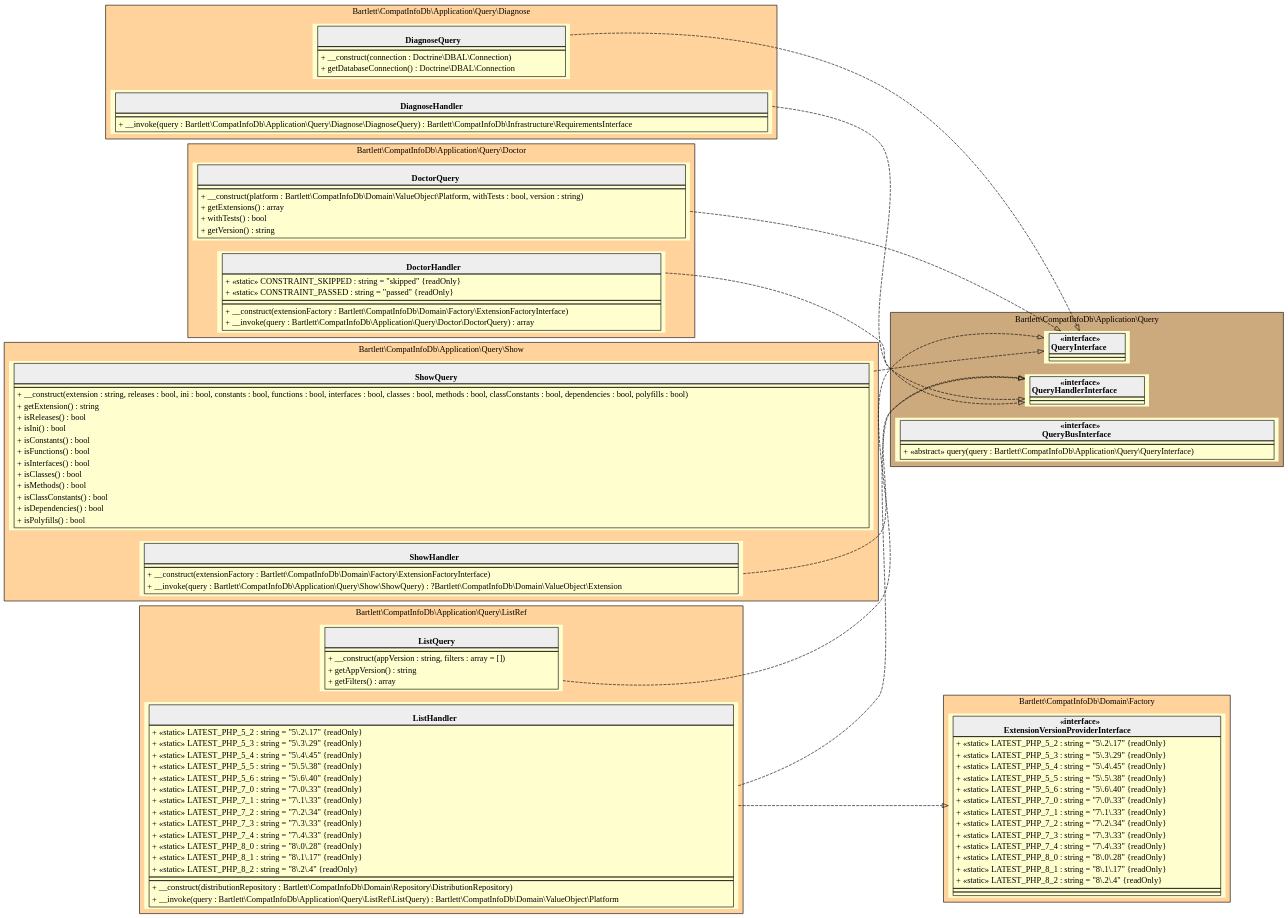
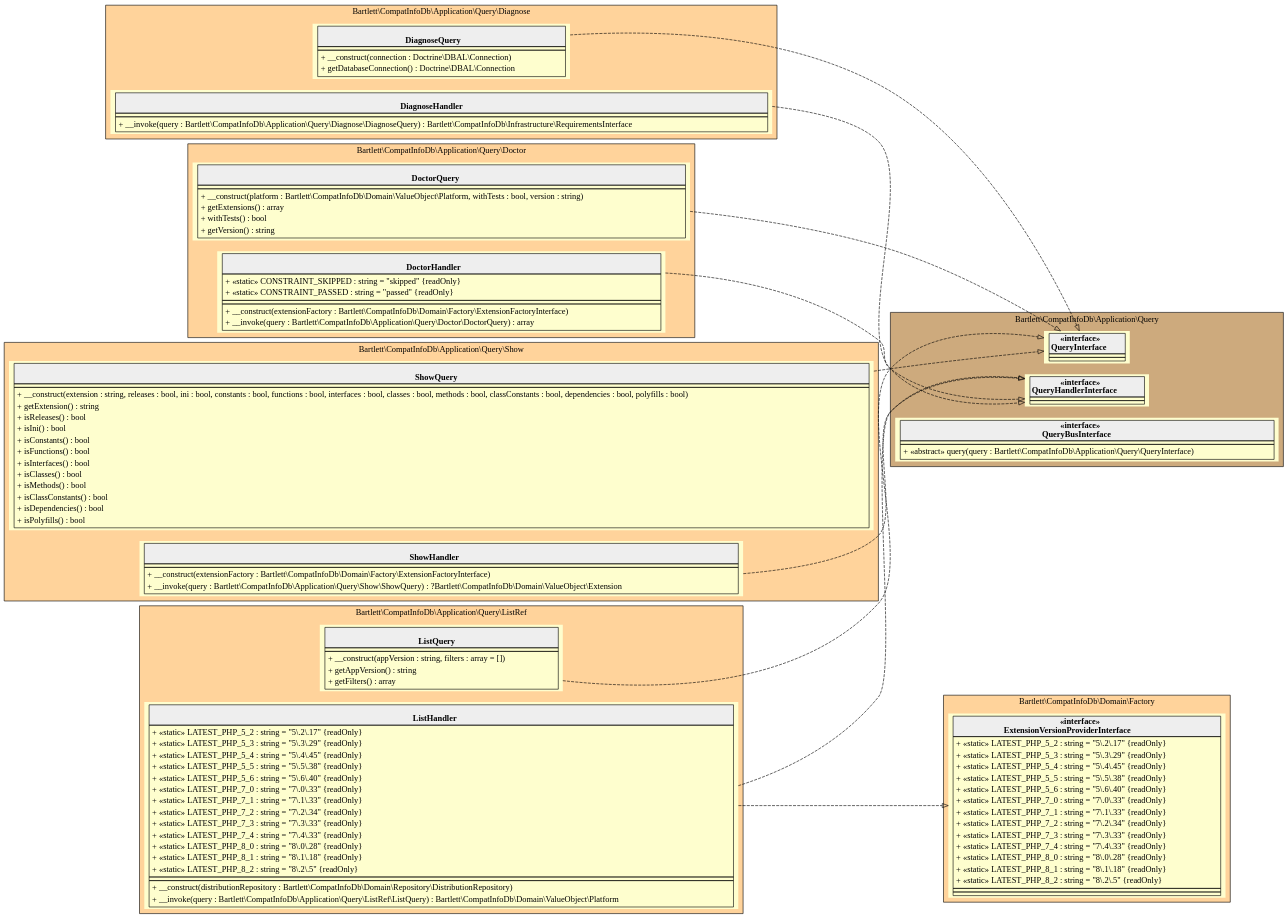
One commit to llaville/php-compatinfo-db changed the diagram in 5.x/assets/images/application-query.html.gv. Above: the diagram before and after it, drawn with Graphviz. The commit also changed 29 other files, not shown here.

```diff
--- a/5.x/assets/images/application-query.html.gv
+++ b/5.x/assets/images/application-query.html.gv
@@ -1,181 +1,181 @@
 digraph {
   graph [rankdir="LR" bgcolor="transparent"]
   node [fillcolor="#FEFECE" style="filled"]
   subgraph cluster_0 {
     graph [bgcolor="burlywood1"]
     label = "Bartlett\\CompatInfoDb\\Application\\Query\\Diagnose"
     "Bartlett\\CompatInfoDb\\Application\\Query\\Diagnose\\DiagnoseQuery" [shape="none" label=<
 <table cellspacing="0" border="0" cellborder="1">
     <tr><td bgcolor="#eeeeee"><b><br/>DiagnoseQuery</b></td></tr>
     <tr><td></td></tr>
     <tr><td><table border="0" cellspacing="0" cellpadding="2">
     <tr><td align="left">+ __construct(connection : Doctrine\\DBAL\\Connection)</td></tr>
     <tr><td align="left">+ getDatabaseConnection() : Doctrine\\DBAL\\Connection</td></tr>
 </table></td></tr>
 </table>>]
     "Bartlett\\CompatInfoDb\\Application\\Query\\Diagnose\\DiagnoseHandler" [shape="none" label=<
 <table cellspacing="0" border="0" cellborder="1">
     <tr><td bgcolor="#eeeeee"><b><br/>DiagnoseHandler</b></td></tr>
     <tr><td></td></tr>
     <tr><td><table border="0" cellspacing="0" cellpadding="2">
     <tr><td align="left">+ __invoke(query : Bartlett\\CompatInfoDb\\Application\\Query\\Diagnose\\DiagnoseQuery) : Bartlett\\CompatInfoDb\\Infrastructure\\RequirementsInterface</td></tr>
 </table></td></tr>
 </table>>]
   }
   subgraph cluster_1 {
     graph [bgcolor="burlywood3"]
     label = "Bartlett\\CompatInfoDb\\Application\\Query"
     "Bartlett\\CompatInfoDb\\Application\\Query\\QueryInterface" [shape="none" label=<
 <table cellspacing="0" border="0" cellborder="1">
     <tr><td bgcolor="#eeeeee"><b>«interface»<br/>QueryInterface</b></td></tr>
     <tr><td></td></tr>
     <tr><td></td></tr>
 </table>>]
     "Bartlett\\CompatInfoDb\\Application\\Query\\QueryHandlerInterface" [shape="none" label=<
 <table cellspacing="0" border="0" cellborder="1">
     <tr><td bgcolor="#eeeeee"><b>«interface»<br/>QueryHandlerInterface</b></td></tr>
     <tr><td></td></tr>
     <tr><td></td></tr>
 </table>>]
     "Bartlett\\CompatInfoDb\\Application\\Query\\QueryBusInterface" [shape="none" label=<
 <table cellspacing="0" border="0" cellborder="1">
     <tr><td bgcolor="#eeeeee"><b>«interface»<br/>QueryBusInterface</b></td></tr>
     <tr><td></td></tr>
     <tr><td><table border="0" cellspacing="0" cellpadding="2">
     <tr><td align="left">+ «abstract» query(query : Bartlett\\CompatInfoDb\\Application\\Query\\QueryInterface)</td></tr>
 </table></td></tr>
 </table>>]
   }
   subgraph cluster_2 {
     graph [bgcolor="burlywood1"]
     label = "Bartlett\\CompatInfoDb\\Application\\Query\\Doctor"
     "Bartlett\\CompatInfoDb\\Application\\Query\\Doctor\\DoctorQuery" [shape="none" label=<
 <table cellspacing="0" border="0" cellborder="1">
     <tr><td bgcolor="#eeeeee"><b><br/>DoctorQuery</b></td></tr>
     <tr><td></td></tr>
     <tr><td><table border="0" cellspacing="0" cellpadding="2">
     <tr><td align="left">+ __construct(platform : Bartlett\\CompatInfoDb\\Domain\\ValueObject\\Platform, withTests : bool, version : string)</td></tr>
     <tr><td align="left">+ getExtensions() : array</td></tr>
     <tr><td align="left">+ withTests() : bool</td></tr>
     <tr><td align="left">+ getVersion() : string</td></tr>
 </table></td></tr>
 </table>>]
     "Bartlett\\CompatInfoDb\\Application\\Query\\Doctor\\DoctorHandler" [shape="none" label=<
 <table cellspacing="0" border="0" cellborder="1">
     <tr><td bgcolor="#eeeeee"><b><br/>DoctorHandler</b></td></tr>
     <tr><td><table border="0" cellspacing="0" cellpadding="2">
     <tr><td align="left">+ «static» CONSTRAINT_SKIPPED : string = "skipped" {readOnly}</td></tr>
     <tr><td align="left">+ «static» CONSTRAINT_PASSED : string = "passed" {readOnly}</td></tr>
 </table></td></tr>
     <tr><td></td></tr>
     <tr><td><table border="0" cellspacing="0" cellpadding="2">
     <tr><td align="left">+ __construct(extensionFactory : Bartlett\\CompatInfoDb\\Domain\\Factory\\ExtensionFactoryInterface)</td></tr>
     <tr><td align="left">+ __invoke(query : Bartlett\\CompatInfoDb\\Application\\Query\\Doctor\\DoctorQuery) : array</td></tr>
 </table></td></tr>
 </table>>]
   }
   subgraph cluster_3 {
     graph [bgcolor="burlywood1"]
     label = "Bartlett\\CompatInfoDb\\Application\\Query\\ListRef"
     "Bartlett\\CompatInfoDb\\Application\\Query\\ListRef\\ListQuery" [shape="none" label=<
 <table cellspacing="0" border="0" cellborder="1">
     <tr><td bgcolor="#eeeeee"><b><br/>ListQuery</b></td></tr>
     <tr><td></td></tr>
     <tr><td><table border="0" cellspacing="0" cellpadding="2">
     <tr><td align="left">+ __construct(appVersion : string, filters : array = [])</td></tr>
     <tr><td align="left">+ getAppVersion() : string</td></tr>
     <tr><td align="left">+ getFilters() : array</td></tr>
 </table></td></tr>
 </table>>]
     "Bartlett\\CompatInfoDb\\Application\\Query\\ListRef\\ListHandler" [shape="none" label=<
 <table cellspacing="0" border="0" cellborder="1">
     <tr><td bgcolor="#eeeeee"><b><br/>ListHandler</b></td></tr>
     <tr><td><table border="0" cellspacing="0" cellpadding="2">
     <tr><td align="left">+ «static» LATEST_PHP_5_2 : string = "5\.2\.17" {readOnly}</td></tr>
     <tr><td align="left">+ «static» LATEST_PHP_5_3 : string = "5\.3\.29" {readOnly}</td></tr>
     <tr><td align="left">+ «static» LATEST_PHP_5_4 : string = "5\.4\.45" {readOnly}</td></tr>
     <tr><td align="left">+ «static» LATEST_PHP_5_5 : string = "5\.5\.38" {readOnly}</td></tr>
     <tr><td align="left">+ «static» LATEST_PHP_5_6 : string = "5\.6\.40" {readOnly}</td></tr>
     <tr><td align="left">+ «static» LATEST_PHP_7_0 : string = "7\.0\.33" {readOnly}</td></tr>
     <tr><td align="left">+ «static» LATEST_PHP_7_1 : string = "7\.1\.33" {readOnly}</td></tr>
     <tr><td align="left">+ «static» LATEST_PHP_7_2 : string = "7\.2\.34" {readOnly}</td></tr>
     <tr><td align="left">+ «static» LATEST_PHP_7_3 : string = "7\.3\.33" {readOnly}</td></tr>
     <tr><td align="left">+ «static» LATEST_PHP_7_4 : string = "7\.4\.33" {readOnly}</td></tr>
     <tr><td align="left">+ «static» LATEST_PHP_8_0 : string = "8\.0\.28" {readOnly}</td></tr>
-    <tr><td align="left">+ «static» LATEST_PHP_8_1 : string = "8\.1\.17" {readOnly}</td></tr>
-    <tr><td align="left">+ «static» LATEST_PHP_8_2 : string = "8\.2\.4" {readOnly}</td></tr>
+    <tr><td align="left">+ «static» LATEST_PHP_8_1 : string = "8\.1\.18" {readOnly}</td></tr>
+    <tr><td align="left">+ «static» LATEST_PHP_8_2 : string = "8\.2\.5" {readOnly}</td></tr>
 </table></td></tr>
     <tr><td></td></tr>
     <tr><td><table border="0" cellspacing="0" cellpadding="2">
     <tr><td align="left">+ __construct(distributionRepository : Bartlett\\CompatInfoDb\\Domain\\Repository\\DistributionRepository)</td></tr>
     <tr><td align="left">+ __invoke(query : Bartlett\\CompatInfoDb\\Application\\Query\\ListRef\\ListQuery) : Bartlett\\CompatInfoDb\\Domain\\ValueObject\\Platform</td></tr>
 </table></td></tr>
 </table>>]
   }
   subgraph cluster_4 {
     graph [bgcolor="burlywood1"]
     label = "Bartlett\\CompatInfoDb\\Domain\\Factory"
     "Bartlett\\CompatInfoDb\\Domain\\Factory\\ExtensionVersionProviderInterface" [shape="none" label=<
 <table cellspacing="0" border="0" cellborder="1">
     <tr><td bgcolor="#eeeeee"><b>«interface»<br/>ExtensionVersionProviderInterface</b></td></tr>
     <tr><td><table border="0" cellspacing="0" cellpadding="2">
     <tr><td align="left">+ «static» LATEST_PHP_5_2 : string = "5\.2\.17" {readOnly}</td></tr>
     <tr><td align="left">+ «static» LATEST_PHP_5_3 : string = "5\.3\.29" {readOnly}</td></tr>
     <tr><td align="left">+ «static» LATEST_PHP_5_4 : string = "5\.4\.45" {readOnly}</td></tr>
     <tr><td align="left">+ «static» LATEST_PHP_5_5 : string = "5\.5\.38" {readOnly}</td></tr>
     <tr><td align="left">+ «static» LATEST_PHP_5_6 : string = "5\.6\.40" {readOnly}</td></tr>
     <tr><td align="left">+ «static» LATEST_PHP_7_0 : string = "7\.0\.33" {readOnly}</td></tr>
     <tr><td align="left">+ «static» LATEST_PHP_7_1 : string = "7\.1\.33" {readOnly}</td></tr>
     <tr><td align="left">+ «static» LATEST_PHP_7_2 : string = "7\.2\.34" {readOnly}</td></tr>
     <tr><td align="left">+ «static» LATEST_PHP_7_3 : string = "7\.3\.33" {readOnly}</td></tr>
     <tr><td align="left">+ «static» LATEST_PHP_7_4 : string = "7\.4\.33" {readOnly}</td></tr>
     <tr><td align="left">+ «static» LATEST_PHP_8_0 : string = "8\.0\.28" {readOnly}</td></tr>
-    <tr><td align="left">+ «static» LATEST_PHP_8_1 : string = "8\.1\.17" {readOnly}</td></tr>
-    <tr><td align="left">+ «static» LATEST_PHP_8_2 : string = "8\.2\.4" {readOnly}</td></tr>
+    <tr><td align="left">+ «static» LATEST_PHP_8_1 : string = "8\.1\.18" {readOnly}</td></tr>
+    <tr><td align="left">+ «static» LATEST_PHP_8_2 : string = "8\.2\.5" {readOnly}</td></tr>
 </table></td></tr>
     <tr><td></td></tr>
     <tr><td></td></tr>
 </table>>]
   }
   subgraph cluster_5 {
     graph [bgcolor="burlywood1"]
     label = "Bartlett\\CompatInfoDb\\Application\\Query\\Show"
     "Bartlett\\CompatInfoDb\\Application\\Query\\Show\\ShowQuery" [shape="none" label=<
 <table cellspacing="0" border="0" cellborder="1">
     <tr><td bgcolor="#eeeeee"><b><br/>ShowQuery</b></td></tr>
     <tr><td></td></tr>
     <tr><td><table border="0" cellspacing="0" cellpadding="2">
     <tr><td align="left">+ __construct(extension : string, releases : bool, ini : bool, constants : bool, functions : bool, interfaces : bool, classes : bool, methods : bool, classConstants : bool, dependencies : bool, polyfills : bool)</td></tr>
     <tr><td align="left">+ getExtension() : string</td></tr>
     <tr><td align="left">+ isReleases() : bool</td></tr>
     <tr><td align="left">+ isIni() : bool</td></tr>
     <tr><td align="left">+ isConstants() : bool</td></tr>
     <tr><td align="left">+ isFunctions() : bool</td></tr>
     <tr><td align="left">+ isInterfaces() : bool</td></tr>
     <tr><td align="left">+ isClasses() : bool</td></tr>
     <tr><td align="left">+ isMethods() : bool</td></tr>
     <tr><td align="left">+ isClassConstants() : bool</td></tr>
     <tr><td align="left">+ isDependencies() : bool</td></tr>
     <tr><td align="left">+ isPolyfills() : bool</td></tr>
 </table></td></tr>
 </table>>]
     "Bartlett\\CompatInfoDb\\Application\\Query\\Show\\ShowHandler" [shape="none" label=<
 <table cellspacing="0" border="0" cellborder="1">
     <tr><td bgcolor="#eeeeee"><b><br/>ShowHandler</b></td></tr>
     <tr><td></td></tr>
     <tr><td><table border="0" cellspacing="0" cellpadding="2">
     <tr><td align="left">+ __construct(extensionFactory : Bartlett\\CompatInfoDb\\Domain\\Factory\\ExtensionFactoryInterface)</td></tr>
     <tr><td align="left">+ __invoke(query : Bartlett\\CompatInfoDb\\Application\\Query\\Show\\ShowQuery) : ?Bartlett\\CompatInfoDb\\Domain\\ValueObject\\Extension</td></tr>
 </table></td></tr>
 </table>>]
   }
   "Bartlett\\CompatInfoDb\\Application\\Query\\Diagnose\\DiagnoseQuery" -> "Bartlett\\CompatInfoDb\\Application\\Query\\QueryInterface" [arrowhead="empty" style="dashed"]
   "Bartlett\\CompatInfoDb\\Application\\Query\\Diagnose\\DiagnoseHandler" -> "Bartlett\\CompatInfoDb\\Application\\Query\\QueryHandlerInterface" [arrowhead="empty" style="dashed"]
   "Bartlett\\CompatInfoDb\\Application\\Query\\Doctor\\DoctorQuery" -> "Bartlett\\CompatInfoDb\\Application\\Query\\QueryInterface" [arrowhead="empty" style="dashed"]
   "Bartlett\\CompatInfoDb\\Application\\Query\\Doctor\\DoctorHandler" -> "Bartlett\\CompatInfoDb\\Application\\Query\\QueryHandlerInterface" [arrowhead="empty" style="dashed"]
   "Bartlett\\CompatInfoDb\\Application\\Query\\ListRef\\ListQuery" -> "Bartlett\\CompatInfoDb\\Application\\Query\\QueryInterface" [arrowhead="empty" style="dashed"]
   "Bartlett\\CompatInfoDb\\Application\\Query\\ListRef\\ListHandler" -> "Bartlett\\CompatInfoDb\\Application\\Query\\QueryHandlerInterface" [arrowhead="empty" style="dashed"]
   "Bartlett\\CompatInfoDb\\Application\\Query\\ListRef\\ListHandler" -> "Bartlett\\CompatInfoDb\\Domain\\Factory\\ExtensionVersionProviderInterface" [arrowhead="empty" style="dashed"]
   "Bartlett\\CompatInfoDb\\Application\\Query\\Show\\ShowQuery" -> "Bartlett\\CompatInfoDb\\Application\\Query\\QueryInterface" [arrowhead="empty" style="dashed"]
   "Bartlett\\CompatInfoDb\\Application\\Query\\Show\\ShowHandler" -> "Bartlett\\CompatInfoDb\\Application\\Query\\QueryHandlerInterface" [arrowhead="empty" style="dashed"]
 }
```
